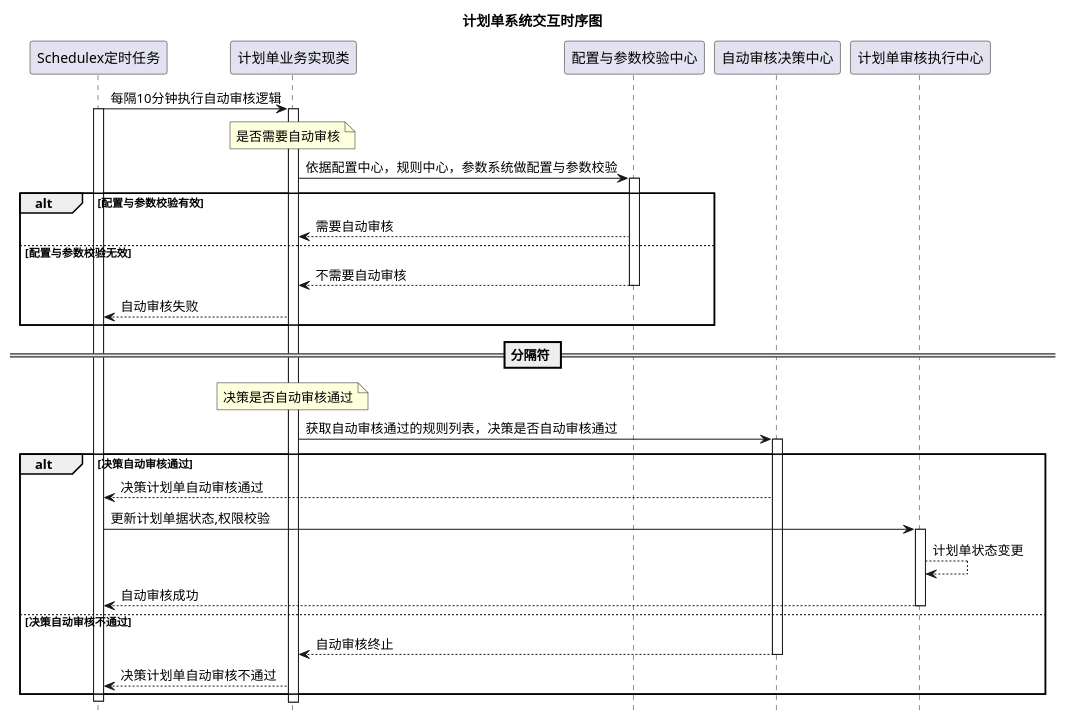
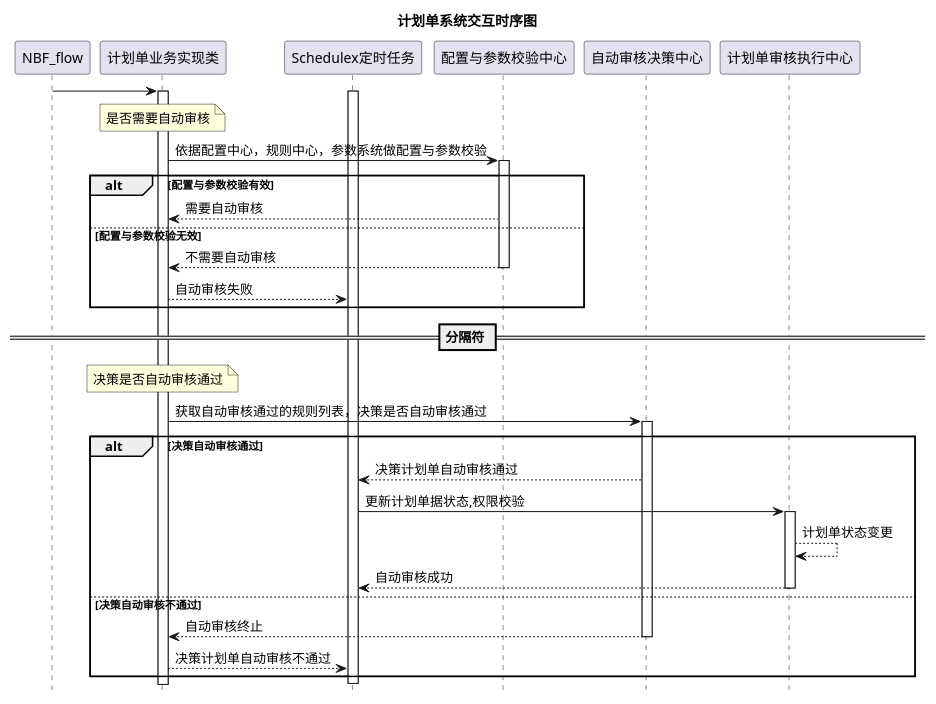
One commit to swf2020/clssuml changed the diagram in resource/时序图/计划单自动审核逻辑时序图.puml. Above: the diagram before and after it, drawn with PlantUML. The commit also changed 7 other files, not shown here.

```diff
--- a/resource/时序图/计划单自动审核逻辑时序图.puml
+++ b/resource/时序图/计划单自动审核逻辑时序图.puml
@@ -1,42 +1,42 @@
 @startuml
 hide footbox
 title 计划单系统交互时序图
-Schedulex定时任务 -> 计划单业务实现类: 每隔10分钟执行自动审核逻辑
+NBF_flow -> 计划单业务实现类:
 activate Schedulex定时任务
 
 note over 计划单业务实现类: 是否需要自动审核
 activate 计划单业务实现类
 计划单业务实现类 -> 配置与参数校验中心:依据配置中心，规则中心，参数系统做配置与参数校验
 activate 配置与参数校验中心
 alt 配置与参数校验有效
     配置与参数校验中心 --> 计划单业务实现类 : 需要自动审核
 else 配置与参数校验无效
     配置与参数校验中心 --> 计划单业务实现类: 不需要自动审核
     deactivate 配置与参数校验中心
     计划单业务实现类 --> Schedulex定时任务: 自动审核失败
 end
 
 
 == 分隔符 ==
 activate 计划单业务实现类
 note over 计划单业务实现类: 决策是否自动审核通过
 计划单业务实现类 -> 自动审核决策中心: 获取自动审核通过的规则列表，决策是否自动审核通过
 activate 自动审核决策中心
 alt 决策自动审核通过
     自动审核决策中心 --> Schedulex定时任务: 决策计划单自动审核通过
     Schedulex定时任务 -> 计划单审核执行中心: 更新计划单据状态,权限校验
     activate 计划单审核执行中心
     计划单审核执行中心 --> 计划单审核执行中心: 计划单状态变更
     计划单审核执行中心 --> Schedulex定时任务: 自动审核成功
     deactivate 计划单审核执行中心
 else 决策自动审核不通过
     自动审核决策中心 --> 计划单业务实现类: 自动审核终止
     deactivate 自动审核决策中心
     计划单业务实现类 --> Schedulex定时任务: 决策计划单自动审核不通过
 end
 
 
 
 deactivate Schedulex定时任务
 
 @enduml
```
